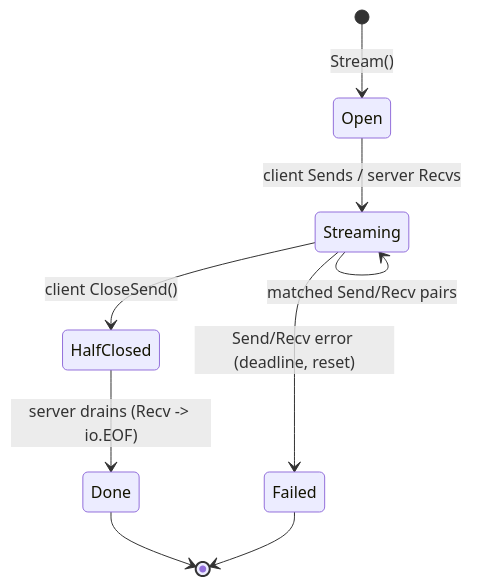
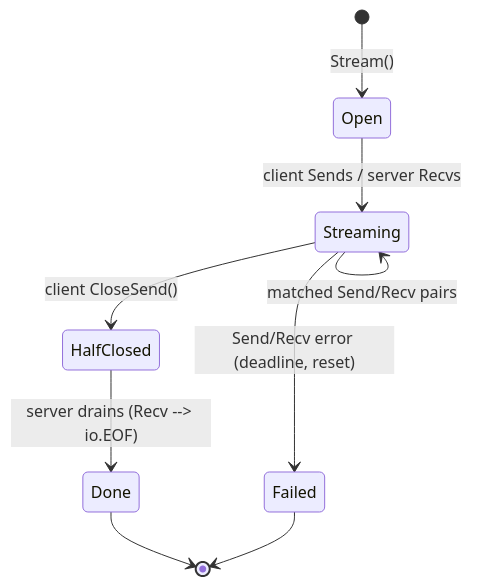
Before and after one commit to PunitNaran/golang4u: the second of 2 diagrams in content/learn/grpc-in-go-the-service-that-doesnt-need-a-microservice-framework.md, drawn with Mermaid. The commit also changed other lines of this file and 18 other files, not shown here.

Commit message:
fix mermaid sequence-arrow syntax (->, -->> , labeled arrows break hugo template parser)

````diff
--- a/content/learn/grpc-in-go-the-service-that-doesnt-need-a-microservice-framework.md
+++ b/content/learn/grpc-in-go-the-service-that-doesnt-need-a-microservice-framework.md
@@ -218,11 +218,11 @@
 ```mermaid
 stateDiagram-v2
     [*] --> Open: Stream()
     Open --> Streaming: client Sends / server Recvs
     Streaming --> Streaming: matched Send/Recv pairs
     Streaming --> HalfClosed: client CloseSend()
-    HalfClosed --> Done: server drains (Recv -> io.EOF)
+    HalfClosed --> Done: server drains (Recv --> io.EOF)
     Streaming --> Failed: Send/Recv error (deadline, reset)
     Done --> [*]
     Failed --> [*]
 ```
````
